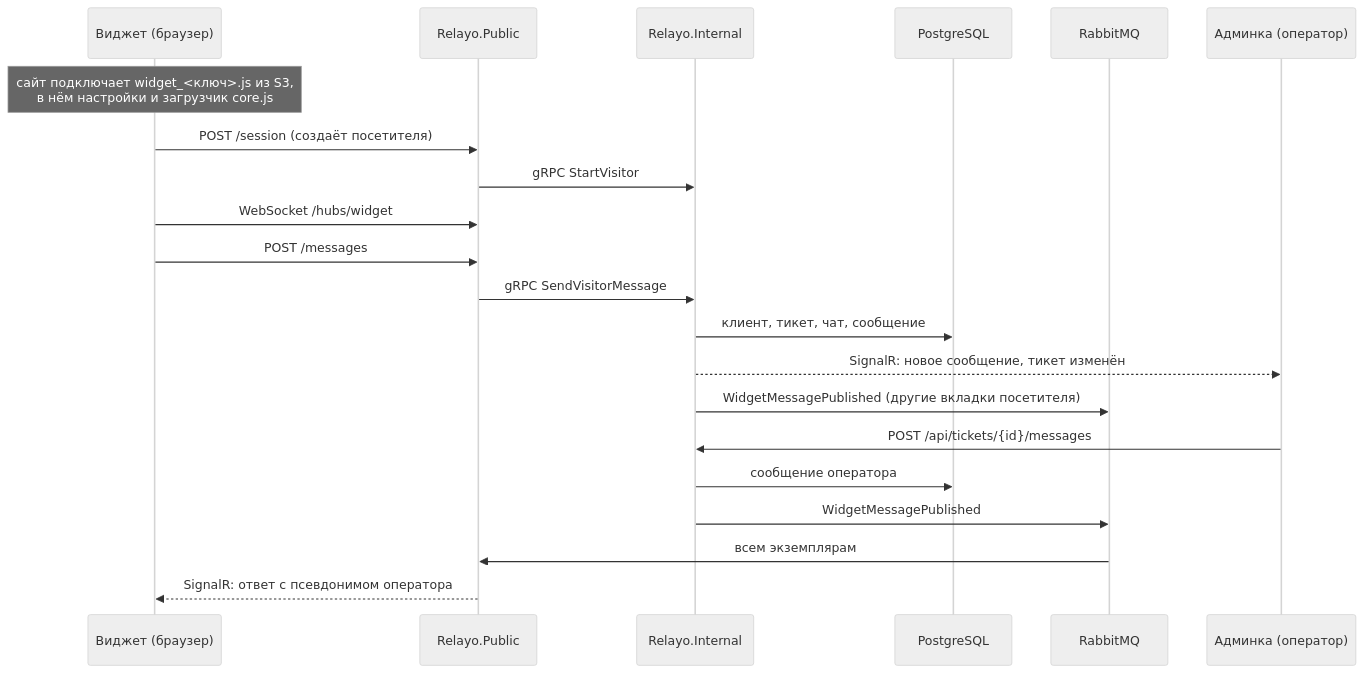
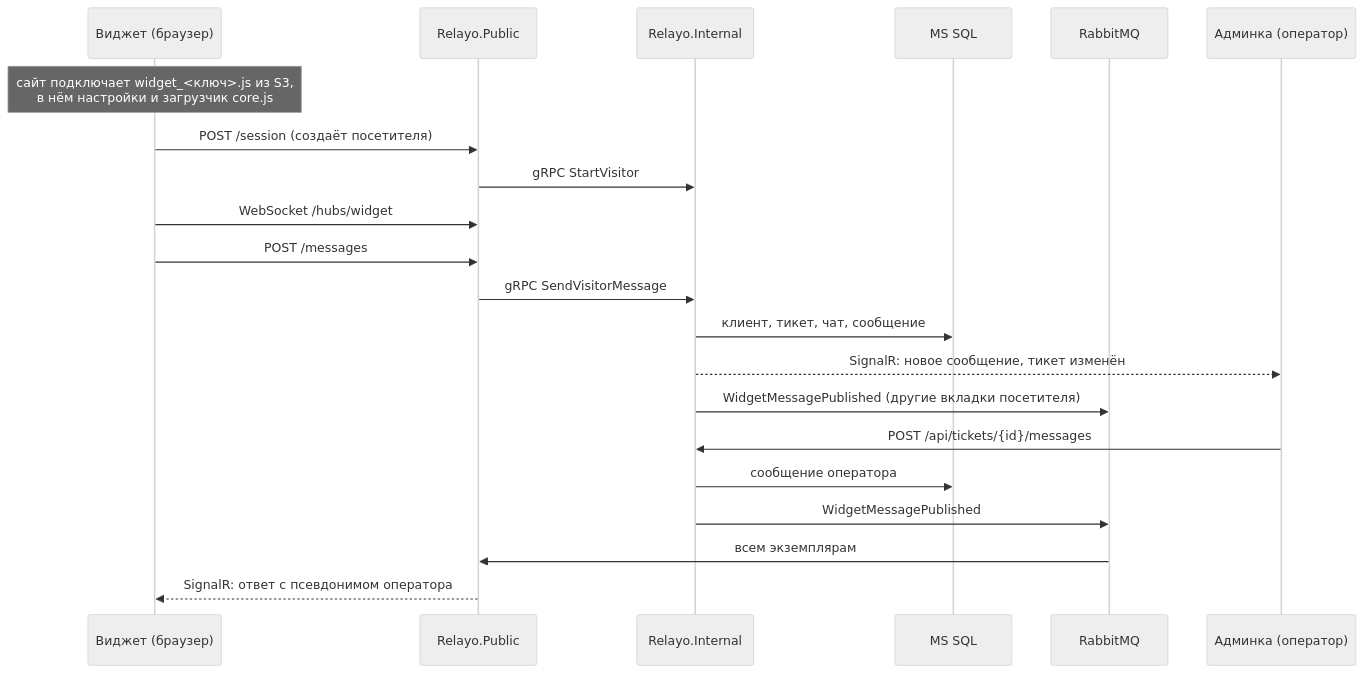
Before and after one commit to linardjan/relayo: the second of 6 diagrams in docs/architecture.md, drawn with Mermaid (neutral theme). The commit also changed other lines of this file and 112 other files, not shown here.

````diff
--- a/docs/architecture.md
+++ b/docs/architecture.md
@@ -156,24 +158,24 @@
 ```mermaid
 sequenceDiagram
   participant W as Виджет (браузер)
   participant P as Relayo.Public
   participant I as Relayo.Internal
-  participant DB as PostgreSQL
+  participant DB as MS SQL
   participant MQ as RabbitMQ
   participant A as Админка (оператор)
 
   Note over W: сайт подключает widget_<ключ>.js из S3,<br/>в нём настройки и загрузчик core.js
   W->>P: POST /session (создаёт посетителя)
   P->>I: gRPC StartVisitor
   W->>P: WebSocket /hubs/widget
   W->>P: POST /messages
   P->>I: gRPC SendVisitorMessage
   I->>DB: клиент, тикет, чат, сообщение
   I-->>A: SignalR: новое сообщение, тикет изменён
   I->>MQ: WidgetMessagePublished (другие вкладки посетителя)
   A->>I: POST /api/tickets/{id}/messages
   I->>DB: сообщение оператора
   I->>MQ: WidgetMessagePublished
   MQ->>P: всем экземплярам
   P-->>W: SignalR: ответ с псевдонимом оператора
 ```
````
